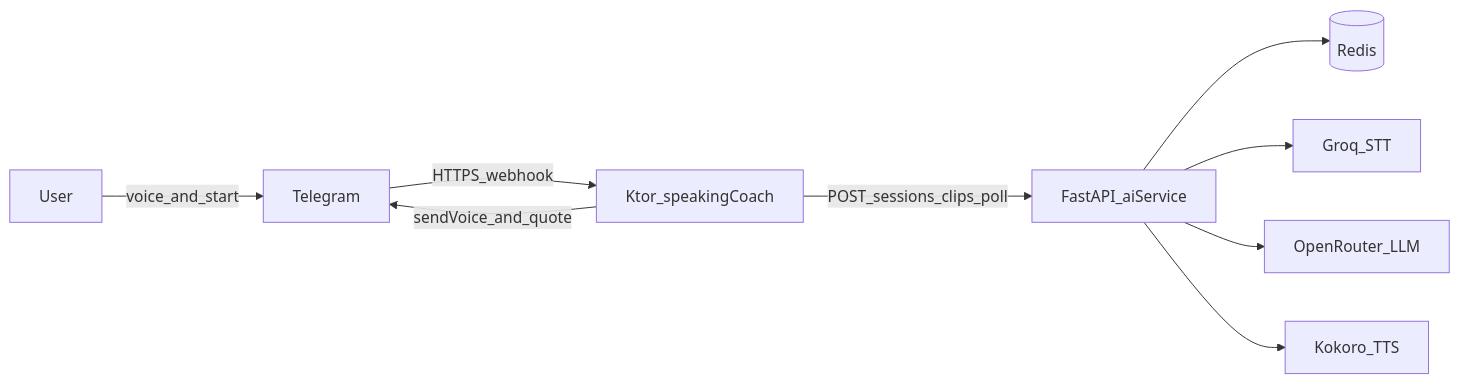
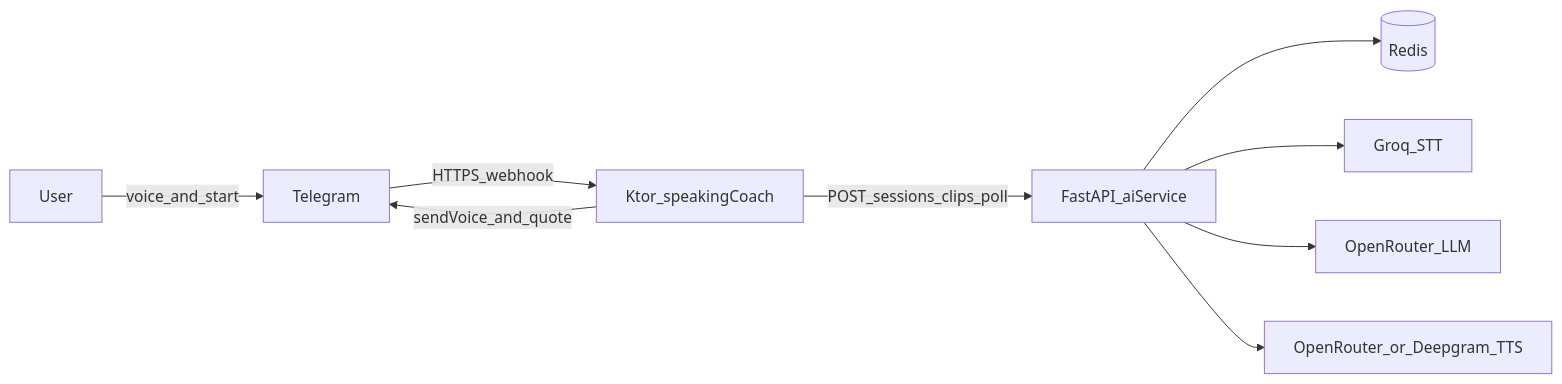
The first of 4 diagrams in ai_docs/architecture.md (greenblat17/1billion-dollar-startup), drawn with Mermaid before and after one commit. The commit also changed other lines of this file and 20 other files, not shown here.

Commit message:
Add direct Deepgram TTS and MP3 voice delivery

````diff
--- a/ai_docs/architecture.md
+++ b/ai_docs/architecture.md
@@ -21,20 +21,20 @@
 ```mermaid
 flowchart LR
   user[User]
   tg[Telegram]
   ktor[Ktor_speakingCoach]
   ai[FastAPI_aiService]
   redis[(Redis)]
   groq[Groq_STT]
   orouter[OpenRouter_LLM]
-  kokoro[Kokoro_TTS]
+  ttsProvider[OpenRouter_or_Deepgram_TTS]
 
   user -->|voice_and_start| tg
   tg -->|HTTPS_webhook| ktor
   ktor -->|POST_sessions_clips_poll| ai
   ktor -->|sendVoice_and_quote| tg
   ai --> redis
   ai --> groq
   ai --> orouter
-  ai --> kokoro
+  ai --> ttsProvider
 ```
````
